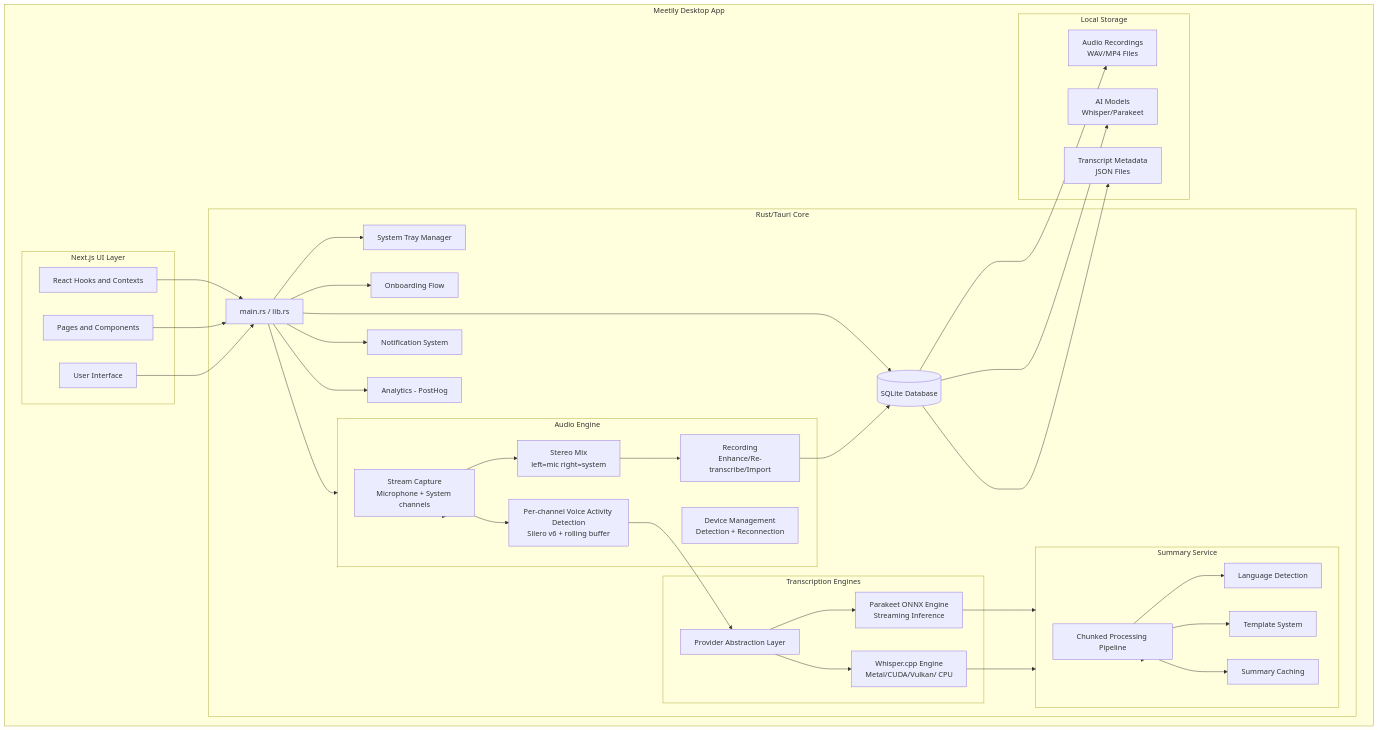
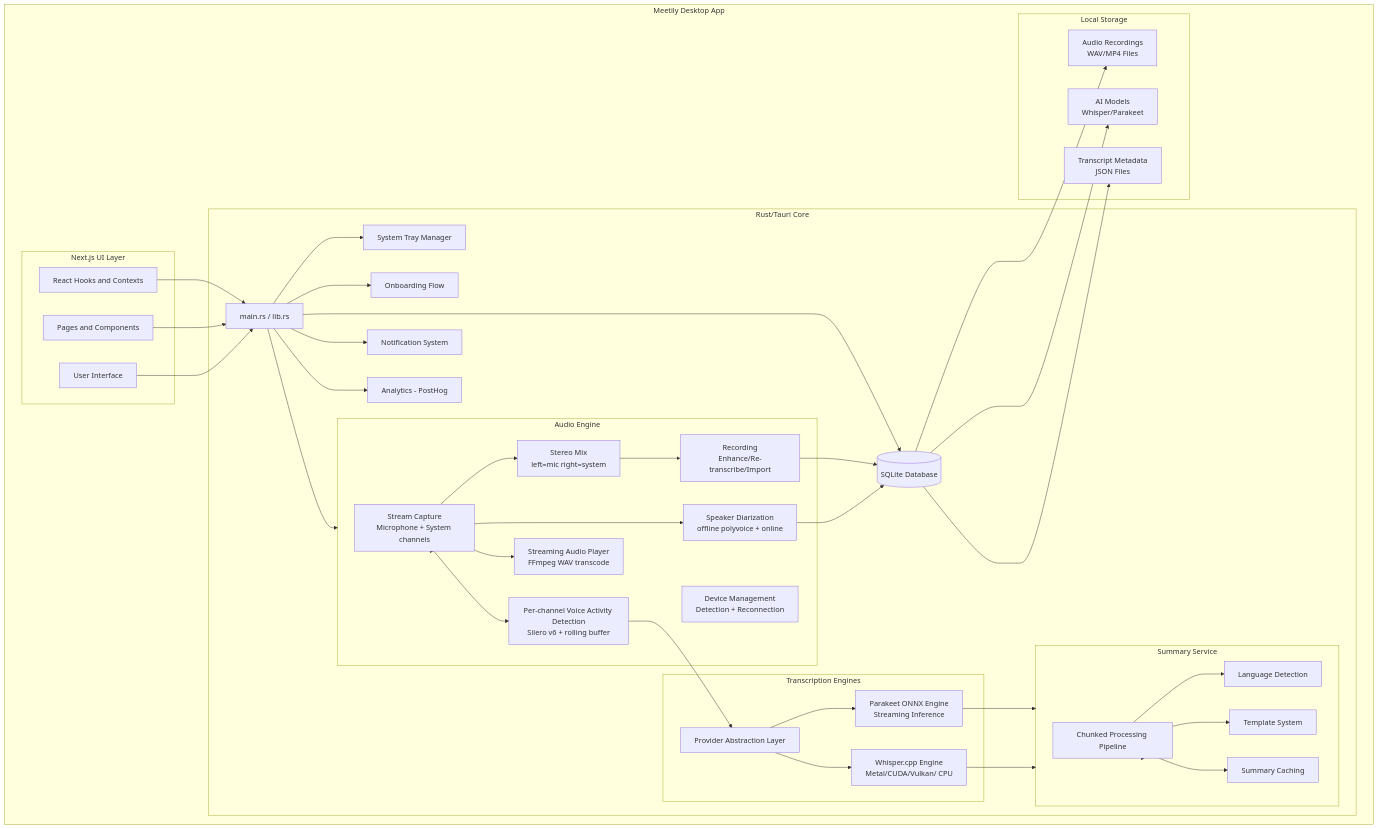
One commit to MPGek/meetily-mpg changed the first of 2 diagrams in docs/CODEBASE_MAP_ARCHITECTURE.md. Above: the diagram before and after it, drawn with Mermaid. The commit also changed other lines of this file and 11 other files, not shown here.

Commit message:
Update codebase map for diarization, audio player, and GPU build tooling

````diff
--- a/docs/CODEBASE_MAP_ARCHITECTURE.md
+++ b/docs/CODEBASE_MAP_ARCHITECTURE.md
@@ -23,74 +23,79 @@
 ```mermaid
 graph TB
     subgraph DesktopApp["Meetily Desktop App"]
         subgraph Frontend["Next.js UI Layer"]
             UI[User Interface]
             Pages[Pages and Components]
             Hooks[React Hooks and Contexts]
         end
         
         subgraph RustCore["Rust/Tauri Core"]
             Entry[main.rs / lib.rs]
             Tray[System Tray Manager]
             Onboarding[Onboarding Flow]
             
             subgraph AudioEngine["Audio Engine"]
                 Capture[Stream Capture<br/>Microphone + System channels]
                 VAD[Per-channel Voice Activity Detection<br/>Silero v6 + rolling buffer]
                 Mixer[Stereo Mix<br/>left=mic right=system]
                 DeviceMgmt[Device Management<br/>Detection + Reconnection]
                 Record[Recording<br/>Enhance/Re-transcribe/Import]
+                Diar[Speaker Diarization<br/>offline polyvoice + online]
+                Playback[Streaming Audio Player<br/>FFmpeg WAV transcode]
             end
             
             subgraph TranscriptionEngines["Transcription Engines"]
                 Whisper[Whisper.cpp Engine<br/>Metal/CUDA/Vulkan/ CPU]
                 Parakeet[Parakeet ONNX Engine<br/>Streaming Inference]
                 ProviderAbstraction[Provider Abstraction Layer]
             end
             
             subgraph SummaryService["Summary Service"]
                 Processor[Chunked Processing Pipeline]
                 LanguageDetect[Language Detection]
                 TemplateEngine[Template System]
                 Cache[Summary Caching]
             end
             
             DB[(SQLite Database)]
             Notifications[Notification System]
             Analytics[Analytics - PostHog]
         end
         
         subgraph LocalStorage["Local Storage"]
             Recordings[Audio Recordings<br/>WAV/MP4 Files]
             Models[AI Models<br/>Whisper/Parakeet]
             Transcripts[Transcript Metadata<br/>JSON Files]
         end
     end
     
     UI --> Entry
     Pages --> Entry
     Hooks --> Entry
     Entry --> Tray
     Entry --> Onboarding
     Entry --> AudioEngine
     AudioEngine --> Capture
     Capture --> VAD
     VAD --> ProviderAbstraction
     ProviderAbstraction --> Whisper
     ProviderAbstraction --> Parakeet
     Capture --> Mixer
     Mixer --> Record
+    Capture --> Diar
+    Diar --> DB
+    Capture --> Playback
     Record --> DB
     Whisper --> SummaryService
     Parakeet --> SummaryService
     SummaryService --> Processor
     Processor --> LanguageDetect
     Processor --> TemplateEngine
     Processor --> Cache
     Entry --> DB
     DB --> Recordings
     DB --> Models
     DB --> Transcripts
     Entry --> Notifications
     Entry --> Analytics
 ```
````
